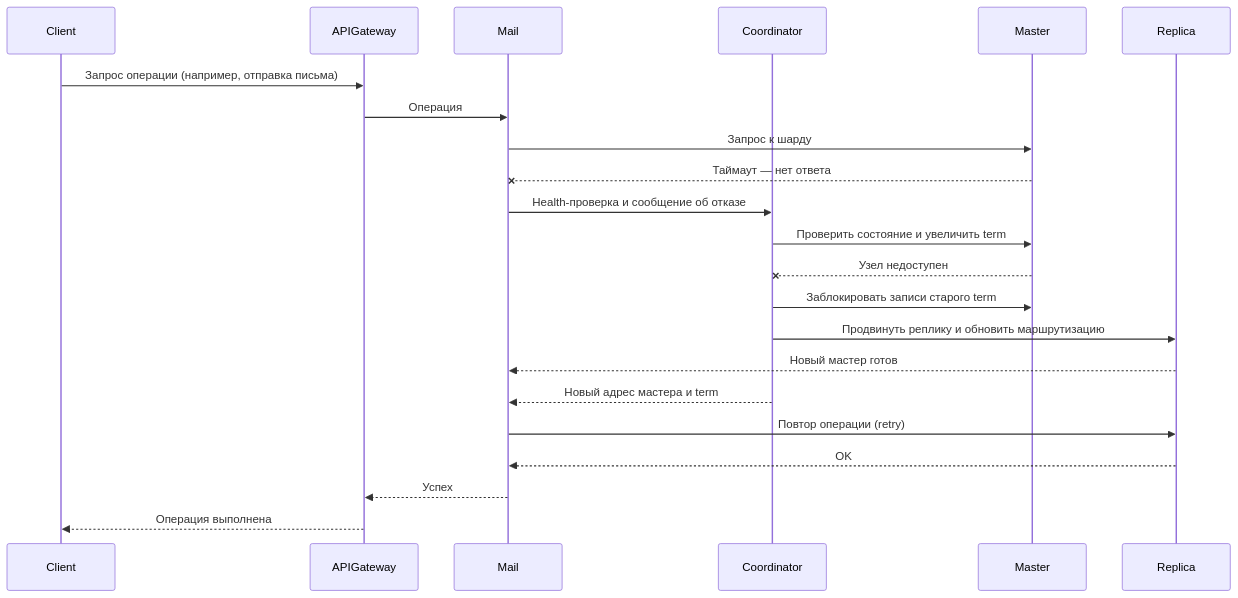
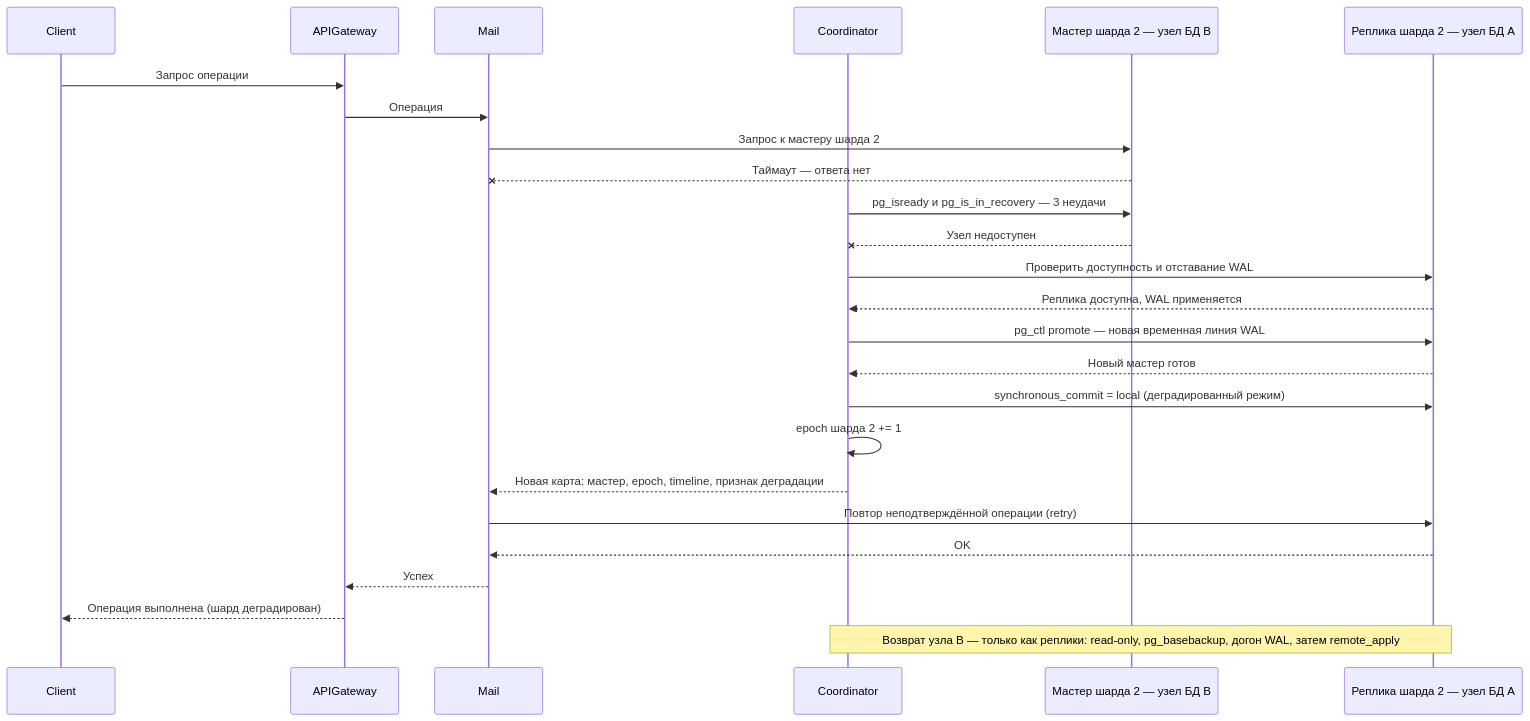
Before and after one commit to spbu-ds-practicum-2026/hydrolytes: the fourth of 6 diagrams in docs/tr.md, drawn with Mermaid. The commit also changed other lines of this file, not shown here.

````diff
--- a/docs/tr.md
+++ b/docs/tr.md
@@ -282,25 +382,28 @@
 ```mermaid
 sequenceDiagram
   participant Client
   participant APIGateway
   participant Mail
   participant Coordinator
-  participant Master
-  participant Replica
+  participant OldMaster as Мастер шарда 2 — узел БД B
+  participant NewMaster as Реплика шарда 2 — узел БД A
 
-  Client->>APIGateway: Запрос операции (например, отправка письма)
+  Client->>APIGateway: Запрос операции
   APIGateway->>Mail: Операция
-  Mail->>Master: Запрос к шарду
-  Master--xMail: Таймаут — нет ответа
-  Mail->>Coordinator: Health-проверка и сообщение об отказе
-  Coordinator->>Master: Проверить состояние и увеличить term
-  Master--xCoordinator: Узел недоступен
-  Coordinator->>Master: Заблокировать записи старого term
-  Coordinator->>Replica: Продвинуть реплику и обновить маршрутизацию
-  Replica-->>Mail: Новый мастер готов
-  Coordinator-->>Mail: Новый адрес мастера и term
-  Mail->>Replica: Повтор операции (retry)
-  Replica-->>Mail: OK
+  Mail->>OldMaster: Запрос к мастеру шарда 2
+  OldMaster--xMail: Таймаут — ответа нет
+  Coordinator->>OldMaster: pg_isready и pg_is_in_recovery — 3 неудачи
+  OldMaster--xCoordinator: Узел недоступен
+  Coordinator->>NewMaster: Проверить доступность и отставание WAL
+  NewMaster-->>Coordinator: Реплика доступна, WAL применяется
+  Coordinator->>NewMaster: pg_ctl promote — новая временная линия WAL
+  NewMaster-->>Coordinator: Новый мастер готов
+  Coordinator->>NewMaster: synchronous_commit = local (деградированный режим)
+  Coordinator->>Coordinator: epoch шарда 2 += 1
+  Coordinator-->>Mail: Новая карта: мастер, epoch, timeline, признак деградации
+  Mail->>NewMaster: Повтор неподтверждённой операции (retry)
+  NewMaster-->>Mail: OK
   Mail-->>APIGateway: Успех
-  APIGateway-->>Client: Операция выполнена
+  APIGateway-->>Client: Операция выполнена (шард деградирован)
+  Note over Coordinator,NewMaster: Возврат узла B — только как реплики: read-only, pg_basebackup, догон WAL, затем remote_apply
 ```
````
